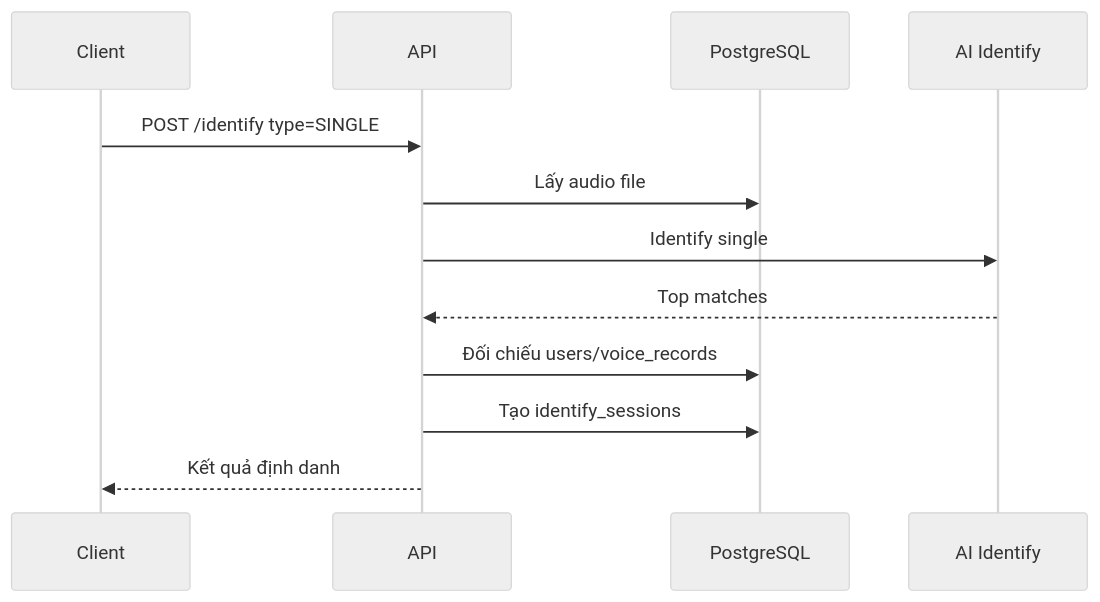
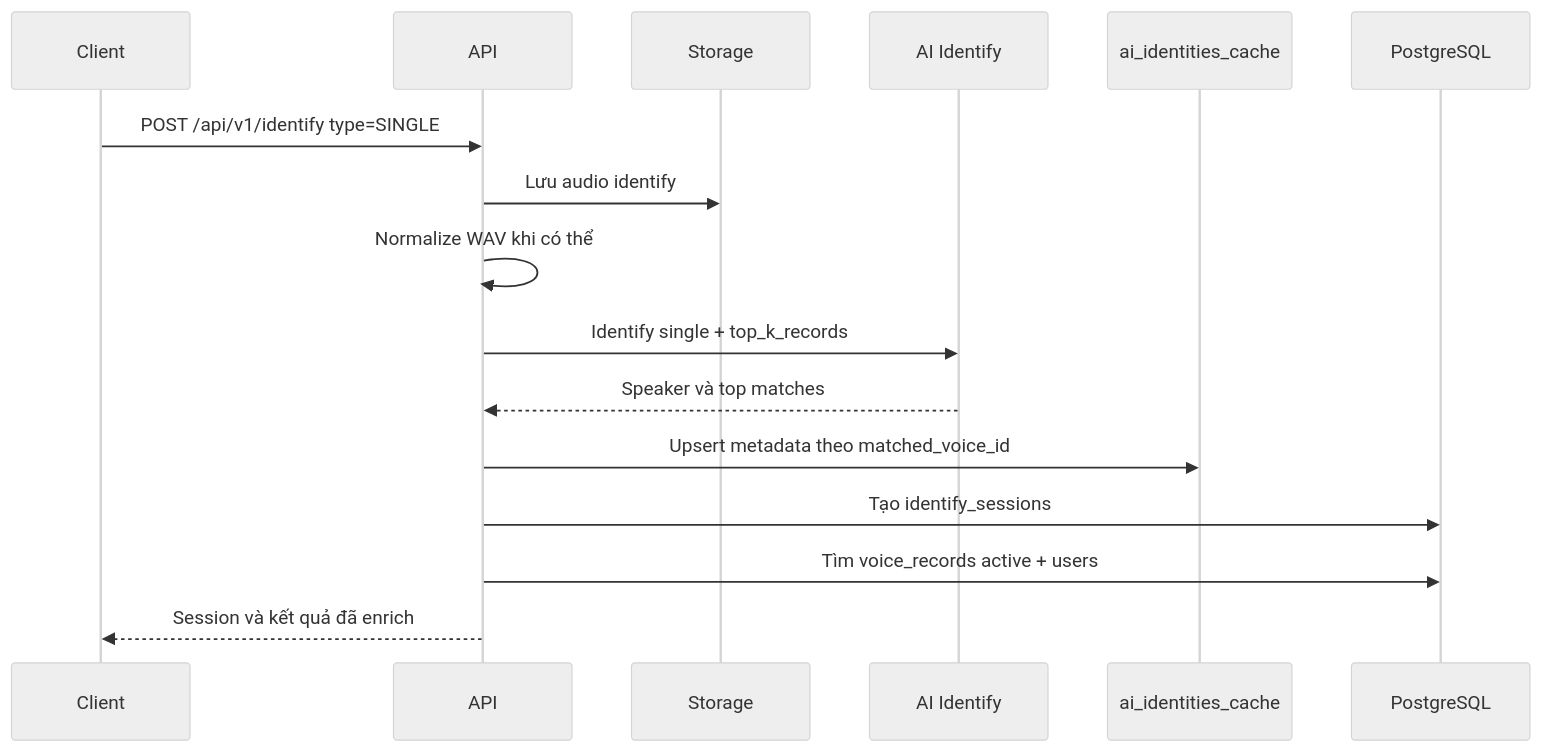
One commit to SSIT-joint-stock/identify-voice-base changed the eighth of 29 diagrams in docs/architecture/data-flow.md. Above: the diagram before and after it, drawn with Mermaid (neutral theme). The commit also changed other lines of this file and 1 other file, not shown here.

Commit message:
docs: enhance data flow documentation with detailed coverage matrix and pipeline overview

````diff
--- a/docs/architecture/data-flow.md
+++ b/docs/architecture/data-flow.md
@@ -93,15 +260,19 @@
 ```mermaid
 sequenceDiagram
     participant C as Client
     participant A as API
+    participant S as Storage
+    participant AI as AI Identify
+    participant Cache as ai_identities_cache
     participant D as PostgreSQL
-    participant AI as AI Identify
 
-    C->>A: POST /identify type=SINGLE
-    A->>D: Lấy audio file
-    A->>AI: Identify single
-    AI-->>A: Top matches
-    A->>D: Đối chiếu users/voice_records
+    C->>A: POST /api/v1/identify type=SINGLE
+    A->>S: Lưu audio identify
+    A->>A: Normalize WAV khi có thể
+    A->>AI: Identify single + top_k_records
+    AI-->>A: Speaker và top matches
+    A->>Cache: Upsert metadata theo matched_voice_id
     A->>D: Tạo identify_sessions
-    A-->>C: Kết quả định danh
+    A->>D: Tìm voice_records active + users
+    A-->>C: Session và kết quả đã enrich
 ```
````
